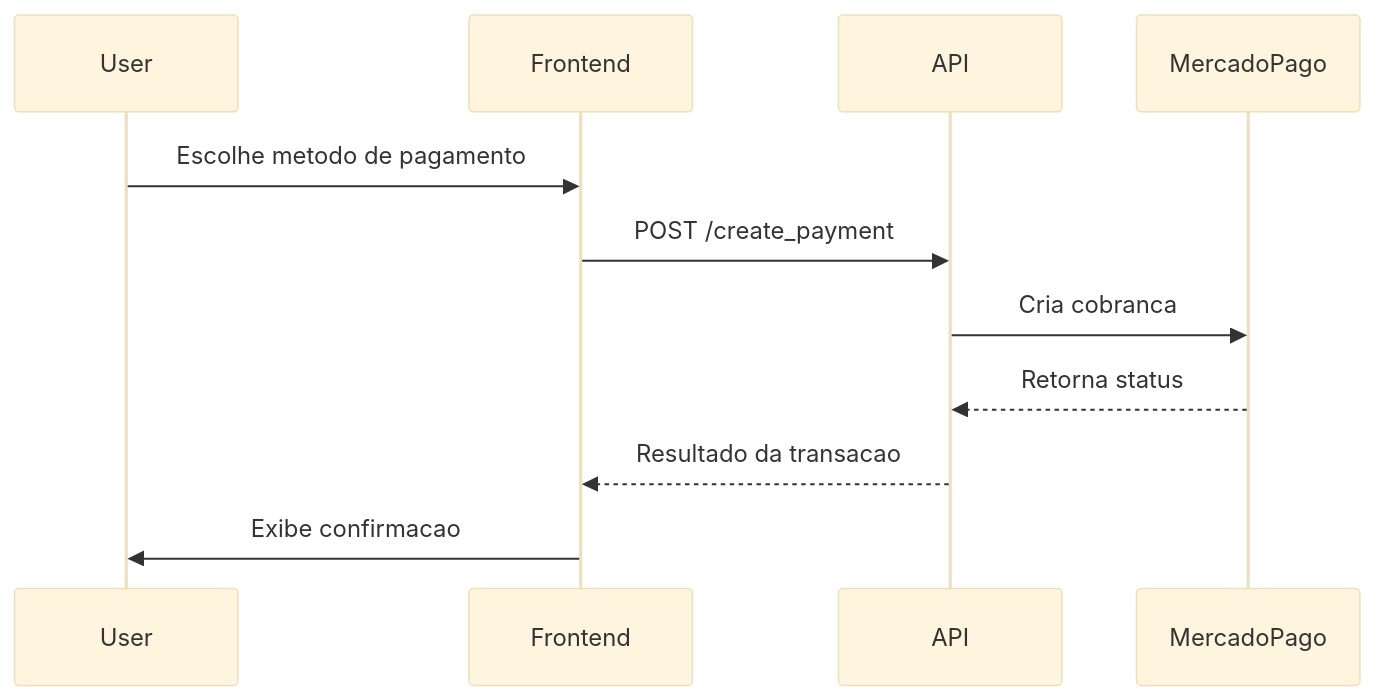
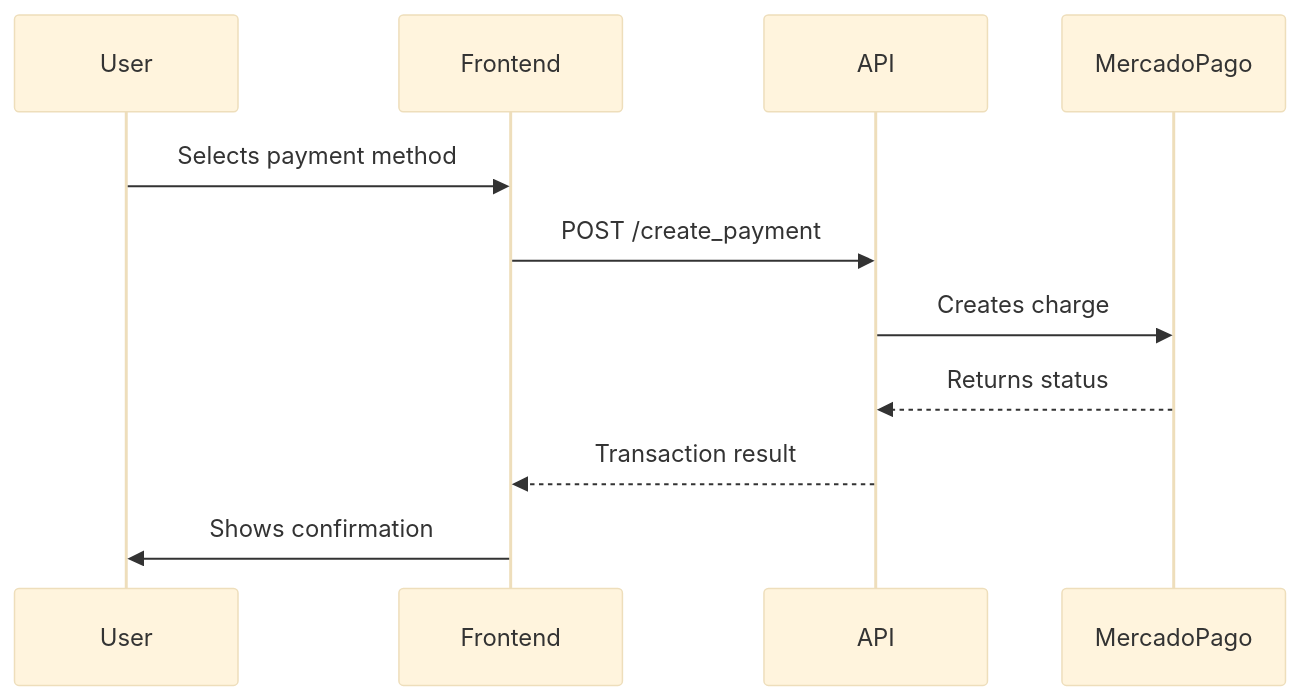
Before and after one commit to GabrielDLobo/06-API_Pgto_MercadoLivre: the diagram in docs/index.md, drawn with Mermaid (base theme). The commit also changed other lines of this file and 30 other files, not shown here.

````diff
--- a/docs/index.md
+++ b/docs/index.md
@@ -136,14 +136,14 @@
 ```mermaid
 sequenceDiagram
       participant User
       participant Frontend
       participant API
       participant MercadoPago
 
-      User->>Frontend: Escolhe metodo de pagamento
+      User->>Frontend: Selects payment method
       Frontend->>API: POST /create_payment
-      API->>MercadoPago: Cria cobranca
-      MercadoPago-->>API: Retorna status
-      API-->>Frontend: Resultado da transacao
-      Frontend->>User: Exibe confirmacao
+      API->>MercadoPago: Creates charge
+      MercadoPago-->>API: Returns status
+      API-->>Frontend: Transaction result
+      Frontend->>User: Shows confirmation
 ```
````
